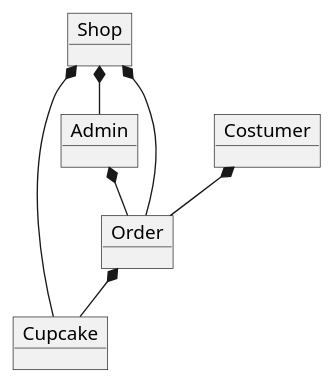
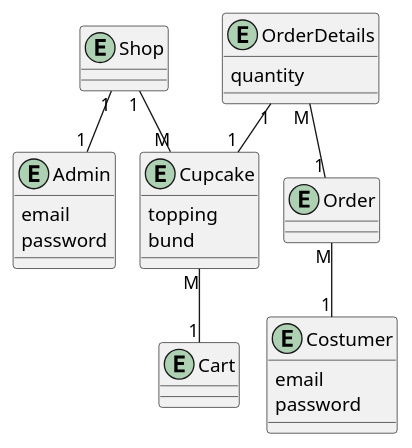
One commit to MaleneNR/CupcakeTeam8 changed the diagram in doc/domæne-model.puml. Above: the diagram before and after it, drawn with PlantUML. The commit also changed 5 other files, not shown here.

```diff
--- a/doc/domæne-model.puml
+++ b/doc/domæne-model.puml
@@ -1,22 +1,36 @@
 @startuml
 'https://plantuml.com/class-diagram
 !pragma layout smetana
 
-object Shop
-object Cupcake
-object Admin
-object Order
-object Costumer
+entity Shop
+
+entity Cupcake{
+topping
+bund
+}
+entity Admin{
+email
+password
+}
+entity Order
+
+entity Costumer{
+email
+password
+}
+entity OrderDetails{
+quantity
+}
+entity Cart
 
 
 
 
-Shop *-- Cupcake
-Shop *-- Admin
-Shop *-- Order
-Admin *-- Order
-Costumer *-- Order
-Order *-- Cupcake
 
-
+Shop "1" -- "M" Cupcake
+Cupcake "M" -- "1" Cart
+OrderDetails "1" -- "1" Cupcake
+OrderDetails "M" -- "1" Order
+Order "M" -- "1" Costumer
+Shop "1" -- "1" Admin
 @enduml
```
